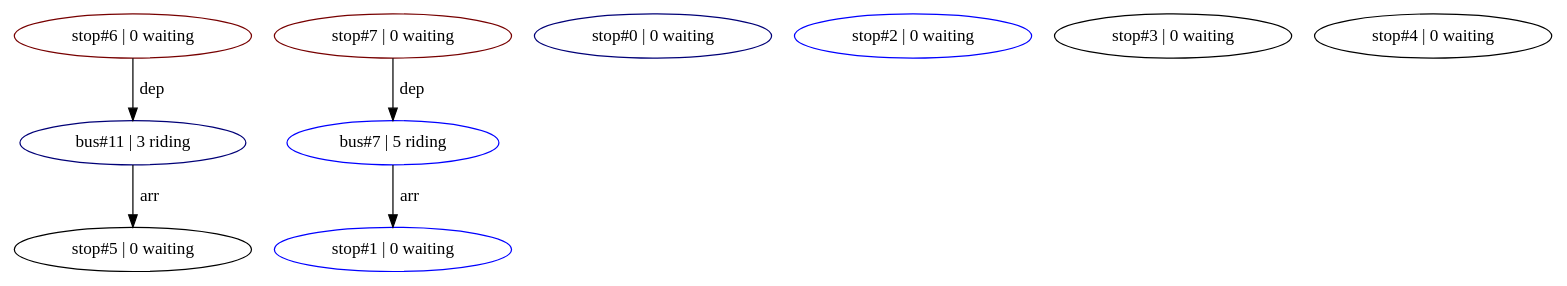
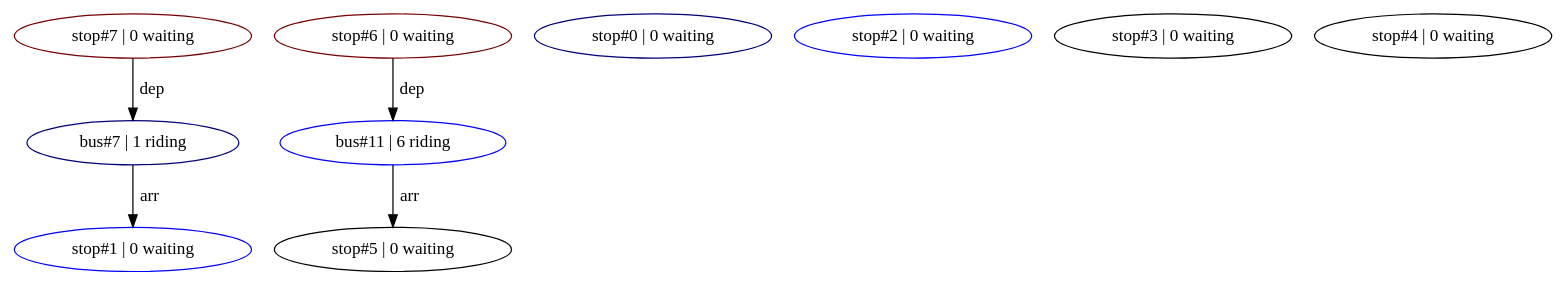
Before and after one commit to spmatthews03/MARTA: the diagram in bin/mts_digraph.dot, drawn with Graphviz. The commit also changed 3 other files, not shown here.

```diff
--- a/bin/mts_digraph.dot
+++ b/bin/mts_digraph.dot
@@ -1,19 +1,19 @@
 digraph G
 {
-  bus11 [ label="bus#11 | 3 riding", color="#000077"];
-  bus7 [ label="bus#7 | 5 riding", color="#0000FF"];
+  bus7 [ label="bus#7 | 1 riding", color="#000077"];
+  bus11 [ label="bus#11 | 6 riding", color="#0000FF"];
 
   stop0 [ label="stop#0 | 0 waiting", color="#000077"];
   stop1 [ label="stop#1 | 0 waiting", color="#0000FF"];
   stop2 [ label="stop#2 | 0 waiting", color="#0000FF"];
   stop3 [ label="stop#3 | 0 waiting", color="#000000"];
   stop4 [ label="stop#4 | 0 waiting", color="#000000"];
   stop5 [ label="stop#5 | 0 waiting", color="#000000"];
   stop6 [ label="stop#6 | 0 waiting", color="#770000"];
   stop7 [ label="stop#7 | 0 waiting", color="#770000"];
 
   stop7 -> bus7 [ label=" dep" ];
   bus7 -> stop1 [ label=" arr" ];
   stop6 -> bus11 [ label=" dep" ];
   bus11 -> stop5 [ label=" arr" ];
 }
```
